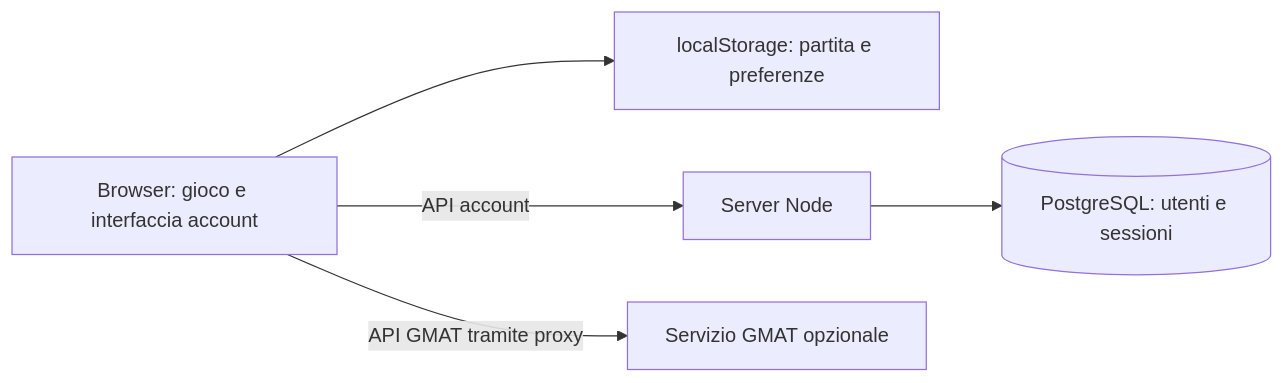
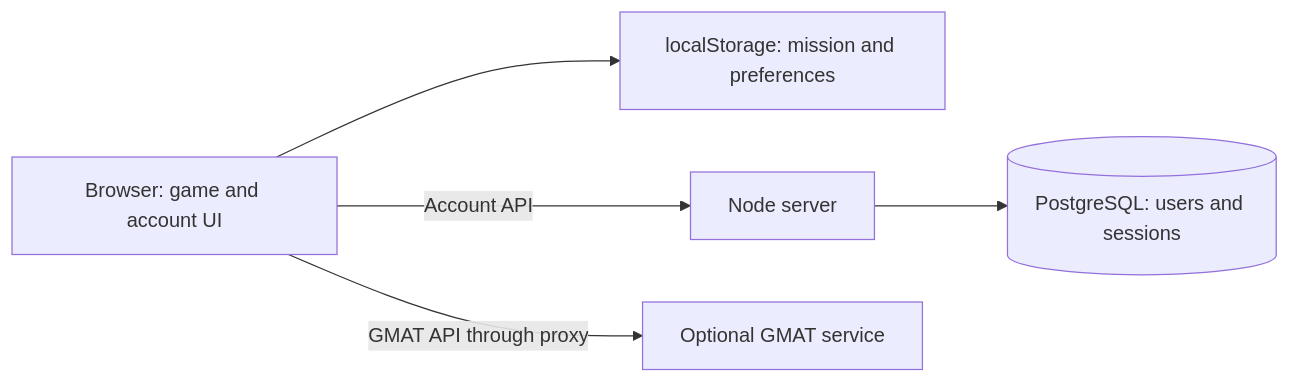
Before and after one commit to NASA-SPACEAPP-2026/Space-Mission-Design-Game: the diagram in README.md, drawn with Mermaid. The commit also changed other lines of this file and 2 other files, not shown here.

````diff
--- a/README.md
+++ b/README.md
@@ -137,7 +139,7 @@
 ```mermaid
 flowchart LR
-  B[Browser: gioco e interfaccia account] --> L[localStorage: partita e preferenze]
-  B -->|API account| N[Server Node]
-  N --> P[(PostgreSQL: utenti e sessioni)]
-  B -->|API GMAT tramite proxy| G[Servizio GMAT opzionale]
+  B[Browser: game and account UI] --> L[localStorage: mission and preferences]
+  B -->|Account API| N[Node server]
+  N --> P[(PostgreSQL: users and sessions)]
+  B -->|GMAT API through proxy| G[Optional GMAT service]
 ```
````
